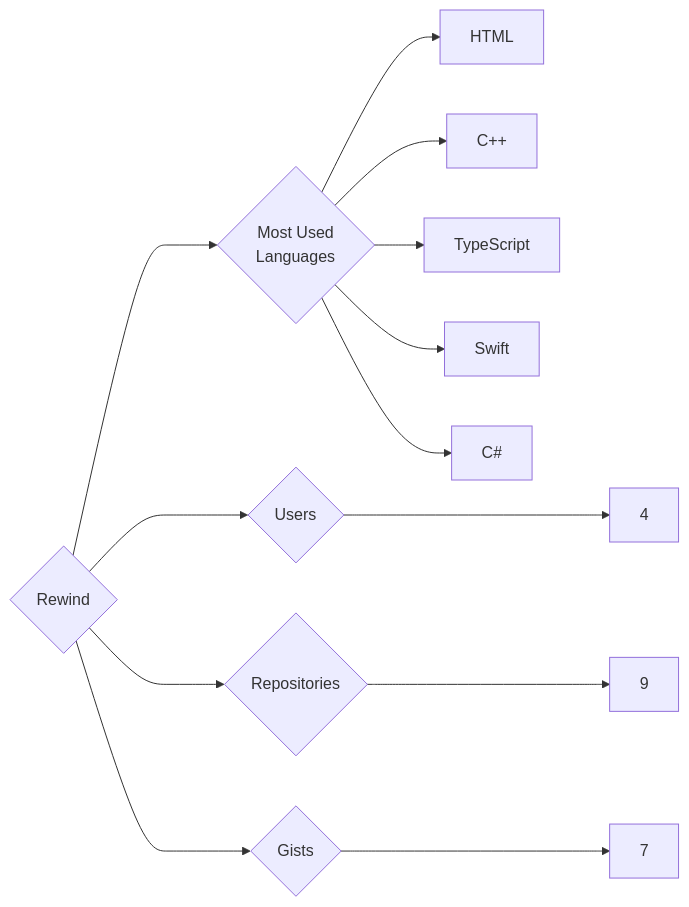
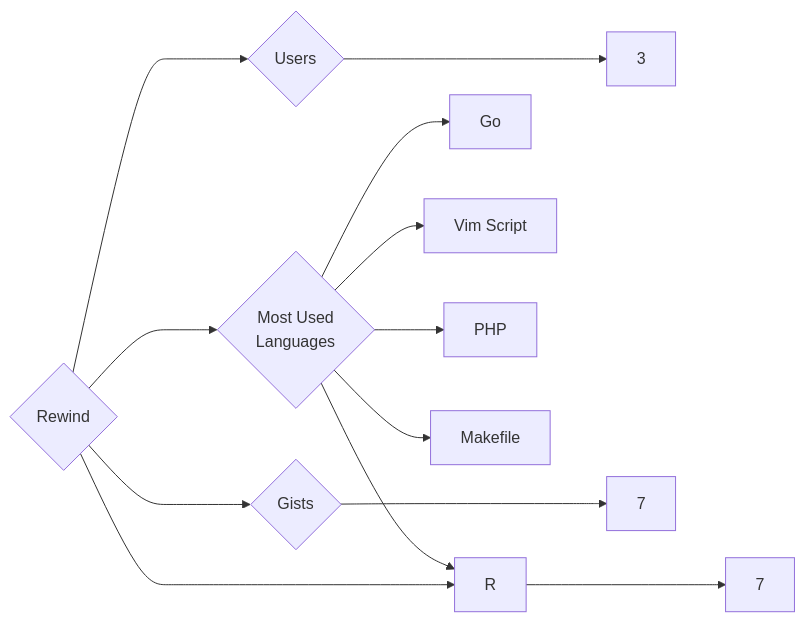
The diagram in targets/Rewind/README.md (trickest/insiders), drawn with Mermaid before and after one commit. The commit also changed 903 other files, not shown here.

````diff
--- a/targets/Rewind/README.md
+++ b/targets/Rewind/README.md
@@ -3,13 +3,13 @@
 ```mermaid
 graph LR
 COMPANY_NAME{Rewind}
-COMPANY_NAME ---> U{Users} ---> UN[4]
-COMPANY_NAME ---> R{Repositories} ---> RN[9]
+COMPANY_NAME ---> U{Users} ---> UN[3]
+COMPANY_NAME ---> R{Repositories} ---> RN[7]
 COMPANY_NAME ---> G{Gists} ---> GN[7]
 COMPANY_NAME ---> ML{Most Used<br>Languages}
-ML --> HTML[HTML]
-ML --> C++[C++]
-ML --> TypeScript[TypeScript]
-ML --> Swift[Swift]
-ML --> C#[C#]
+ML --> Go[Go]
+ML --> Vim_Script[Vim Script]
+ML --> R[R]
+ML --> PHP[PHP]
+ML --> Makefile[Makefile]
 ```
````
